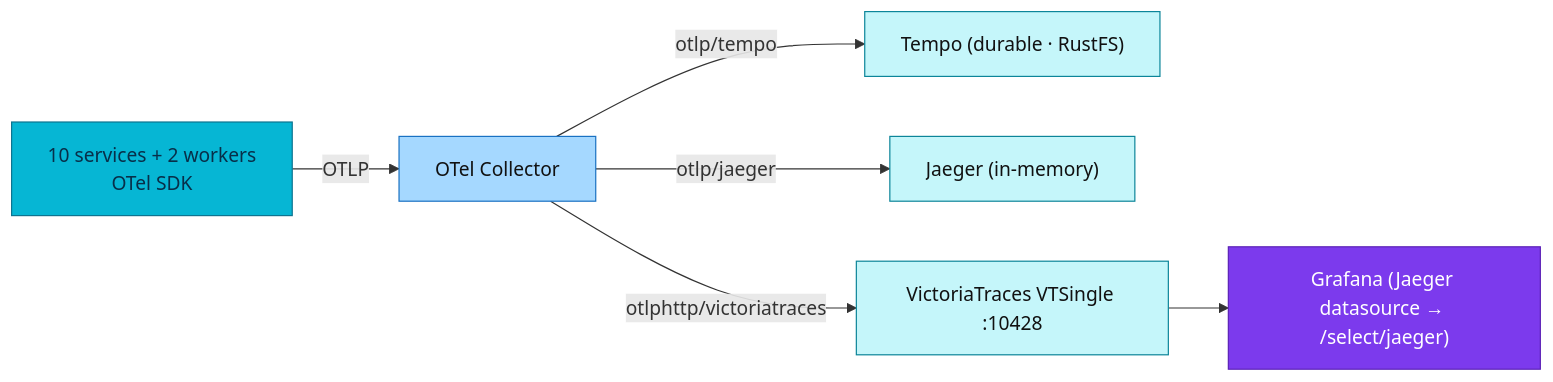
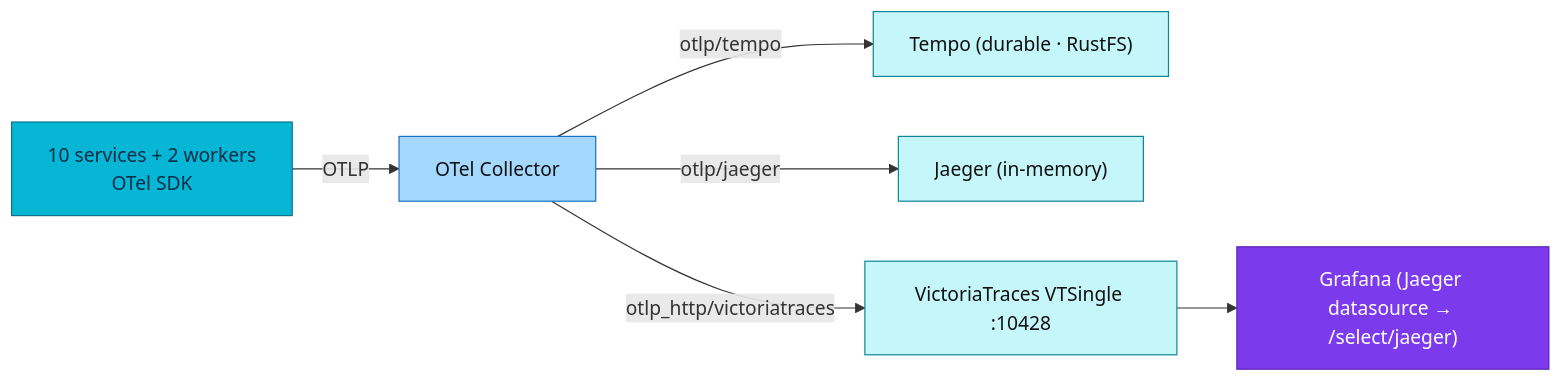
Before and after one commit to duynhlab/homelab: the diagram in docs/observability/tracing/victoriatraces.md, drawn with Mermaid. The commit also changed other lines of this file and 12 other files, not shown here.

````diff
--- a/docs/observability/tracing/victoriatraces.md
+++ b/docs/observability/tracing/victoriatraces.md
@@ -16,16 +17,16 @@
 ```mermaid
 flowchart LR
   Apps["10 services + 2 workers<br/>OTel SDK"] -->|OTLP| OC["OTel Collector"]
   OC -->|otlp/tempo| T["Tempo (durable · RustFS)"]
   OC -->|otlp/jaeger| J["Jaeger (in-memory)"]
-  OC -->|otlphttp/victoriatraces| V["VictoriaTraces VTSingle :10428"]
+  OC -->|otlp_http/victoriatraces| V["VictoriaTraces VTSingle :10428"]
   V --> G["Grafana (Jaeger datasource → /select/jaeger)"]
   classDef service fill:#06b6d4,color:#082f49,stroke:#0e7490;
   classDef trace fill:#c5f6fa,color:#111,stroke:#0c8599;
   classDef collector fill:#a5d8ff,color:#111,stroke:#1971c2;
   classDef platform fill:#7c3aed,color:#fff,stroke:#5b21b6;
   class Apps service;
   class OC collector;
   class T,J,V trace;
   class G platform;
 ```
````
